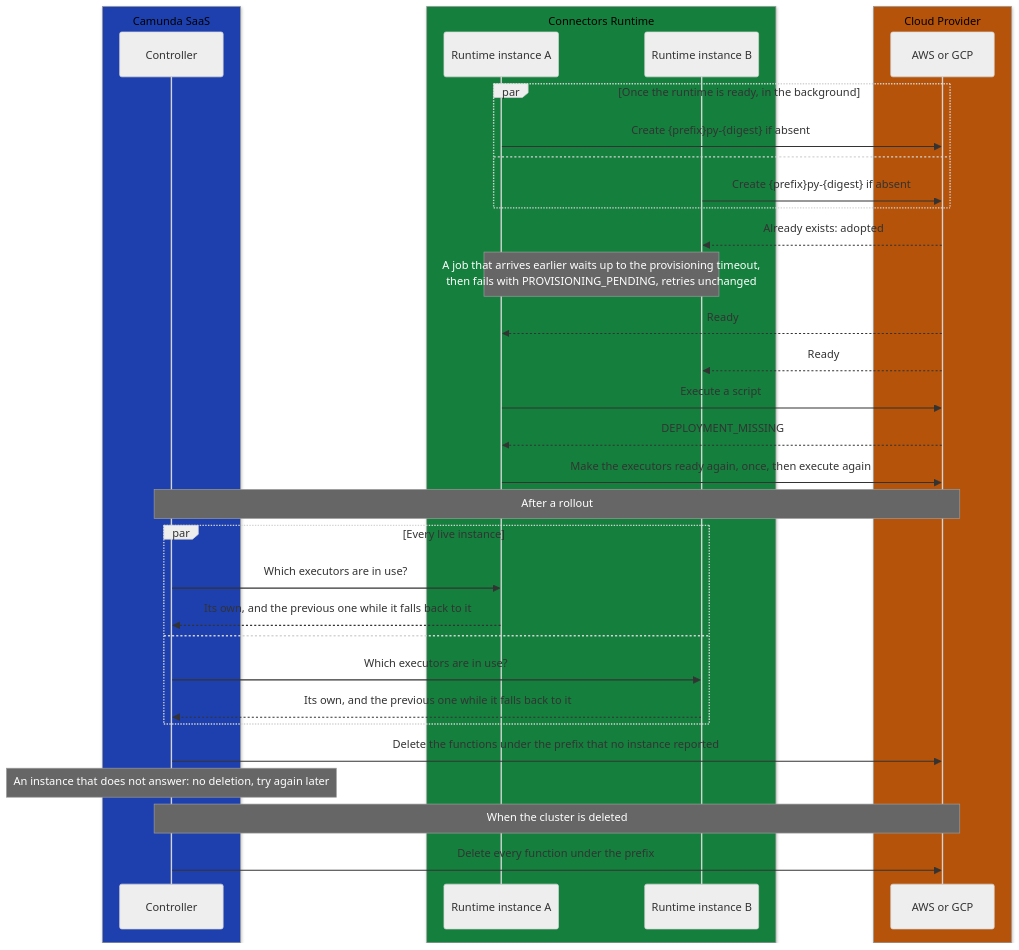
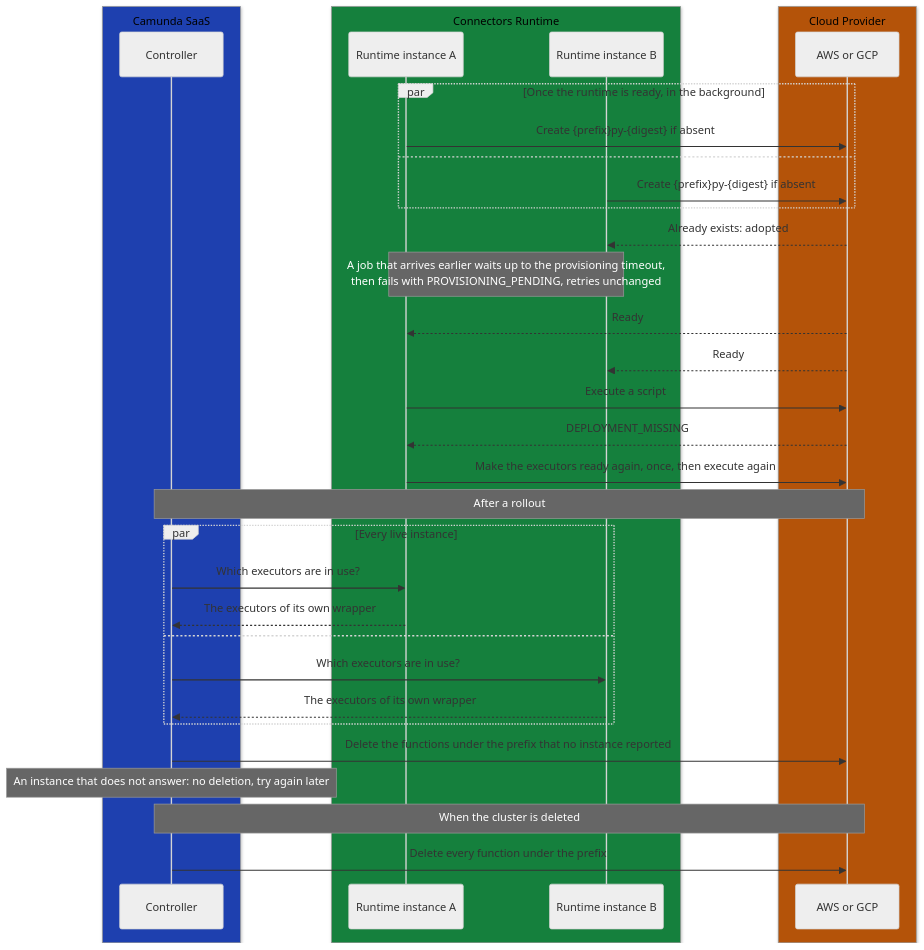
The second of 2 diagrams in docs/adr/ADR-0008-managed-script-generic-executor.md (camunda/connectors), drawn with Mermaid (neutral theme) before and after one commit. The commit also changed other lines of this file and 3 other files, not shown here.

First line of the commit message:
docs: record that managed scripts do not fall back to a previous executor

````diff
--- a/docs/adr/ADR-0008-managed-script-generic-executor.md
+++ b/docs/adr/ADR-0008-managed-script-generic-executor.md
@@ -190,38 +199,38 @@
 ```mermaid
 sequenceDiagram
   box rgb(30, 64, 175) Camunda SaaS
     participant Controller
   end
   box rgb(21, 128, 61) Connectors Runtime
     participant A as Runtime instance A
     participant B as Runtime instance B
   end
   box rgb(180, 83, 9) Cloud Provider
     participant Provider as AWS or GCP
   end
 
   par Once the runtime is ready, in the background
     A->>Provider: Create {prefix}py-{digest} if absent
   and
     B->>Provider: Create {prefix}py-{digest} if absent
   end
   Provider-->>B: Already exists: adopted
   Note over A,B: A job that arrives earlier waits up to the provisioning timeout,<br/>then fails with PROVISIONING_PENDING, retries unchanged
   Provider-->>A: Ready
   Provider-->>B: Ready
   A->>Provider: Execute a script
   Provider-->>A: DEPLOYMENT_MISSING
   A->>Provider: Make the executors ready again, once, then execute again
   Note over Controller,Provider: After a rollout
   par Every live instance
     Controller->>A: Which executors are in use?
-    A-->>Controller: Its own, and the previous one while it falls back to it
+    A-->>Controller: The executors of its own wrapper
   and
     Controller->>B: Which executors are in use?
-    B-->>Controller: Its own, and the previous one while it falls back to it
+    B-->>Controller: The executors of its own wrapper
   end
   Controller->>Provider: Delete the functions under the prefix that no instance reported
   Note over Controller: An instance that does not answer: no deletion, try again later
   Note over Controller,Provider: When the cluster is deleted
   Controller->>Provider: Delete every function under the prefix
 ```
````
